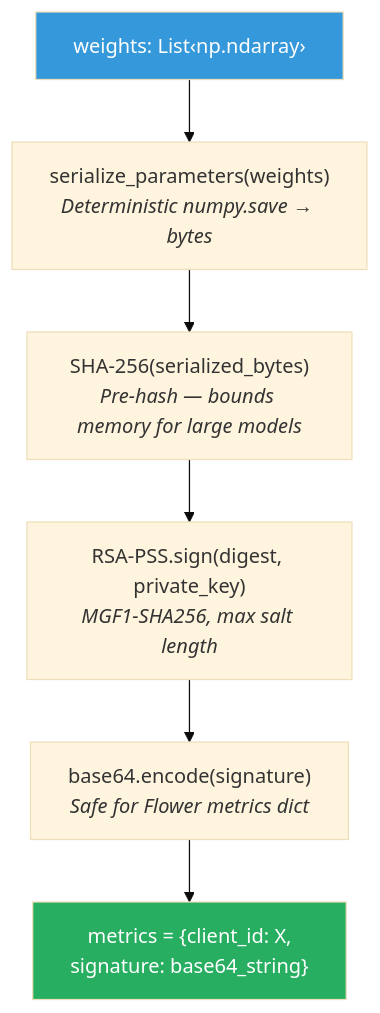
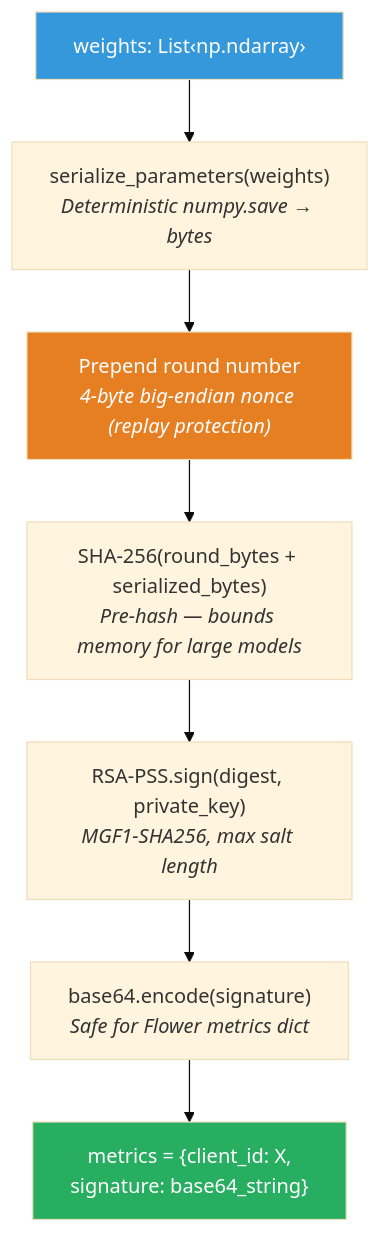
The eighth of 11 diagrams in ARCHITECTURE.md (Zocke07/ZT-Pipeline), drawn with Mermaid (base theme) before and after one commit. The commit also changed other lines of this file and 17 other files, not shown here.

````diff
--- a/ARCHITECTURE.md
+++ b/ARCHITECTURE.md
@@ -336,11 +527,13 @@
 ```mermaid
 flowchart TD
     W["weights: List‹np.ndarray›"] --> SER["serialize_parameters(weights)<br/><i>Deterministic numpy.save → bytes</i>"]
-    SER --> HASH["SHA-256(serialized_bytes)<br/><i>Pre-hash — bounds memory for large models</i>"]
+    SER --> RND["Prepend round number<br/><i>4-byte big-endian nonce (replay protection)</i>"]
+    RND --> HASH["SHA-256(round_bytes + serialized_bytes)<br/><i>Pre-hash — bounds memory for large models</i>"]
     HASH --> SIGN["RSA-PSS.sign(digest, private_key)<br/><i>MGF1-SHA256, max salt length</i>"]
     SIGN --> B64["base64.encode(signature)<br/><i>Safe for Flower metrics dict</i>"]
     B64 --> MET["metrics = {client_id: X,<br/>signature: base64_string}"]
 
     style W fill:#3498db,color:#fff
+    style RND fill:#e67e22,color:#fff
     style MET fill:#27ae60,color:#fff
 ```
````
